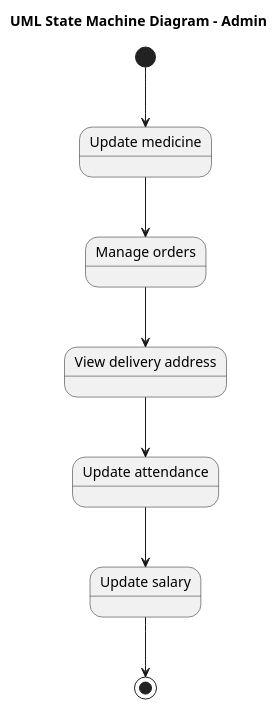
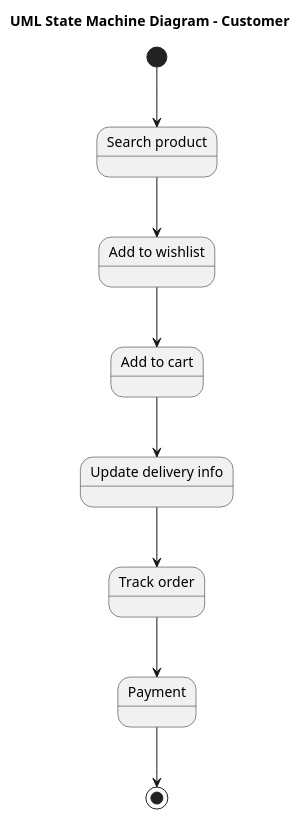
The diagram in dataset/case_21_online_pharmacy_management_system/diagram1.puml (maimunafaria/State_transition_Diagram_generated_by_LLM), drawn with PlantUML before and after one commit. The commit also changed 109 other files, not shown here.

```diff
--- a/dataset/case_21_online_pharmacy_management_system/diagram1.puml
+++ b/dataset/case_21_online_pharmacy_management_system/diagram1.puml
@@ -1,18 +1,20 @@
 @startuml
-title UML State Machine Diagram - Admin
+title UML State Machine Diagram - Customer
 
-[*] --> UpdateMedicine
+[*] --> SearchProduct
 
-state "Update medicine" as UpdateMedicine
-state "Manage orders" as ManageOrders
-state "View delivery address" as ViewDeliveryAddress
-state "Update attendance" as UpdateAttendance
-state "Update salary" as UpdateSalary
+state "Search product" as SearchProduct
+state "Add to wishlist" as AddToWishlist
+state "Add to cart" as AddToCart
+state "Update delivery info" as UpdateDeliveryInfo
+state "Track order" as TrackOrder
+state Payment
 
-UpdateMedicine --> ManageOrders
-ManageOrders --> ViewDeliveryAddress
-ViewDeliveryAddress --> UpdateAttendance
-UpdateAttendance --> UpdateSalary
-UpdateSalary --> [*]
+SearchProduct --> AddToWishlist
+AddToWishlist --> AddToCart
+AddToCart --> UpdateDeliveryInfo
+UpdateDeliveryInfo --> TrackOrder
+TrackOrder --> Payment
+Payment --> [*]
 
 @enduml
```
